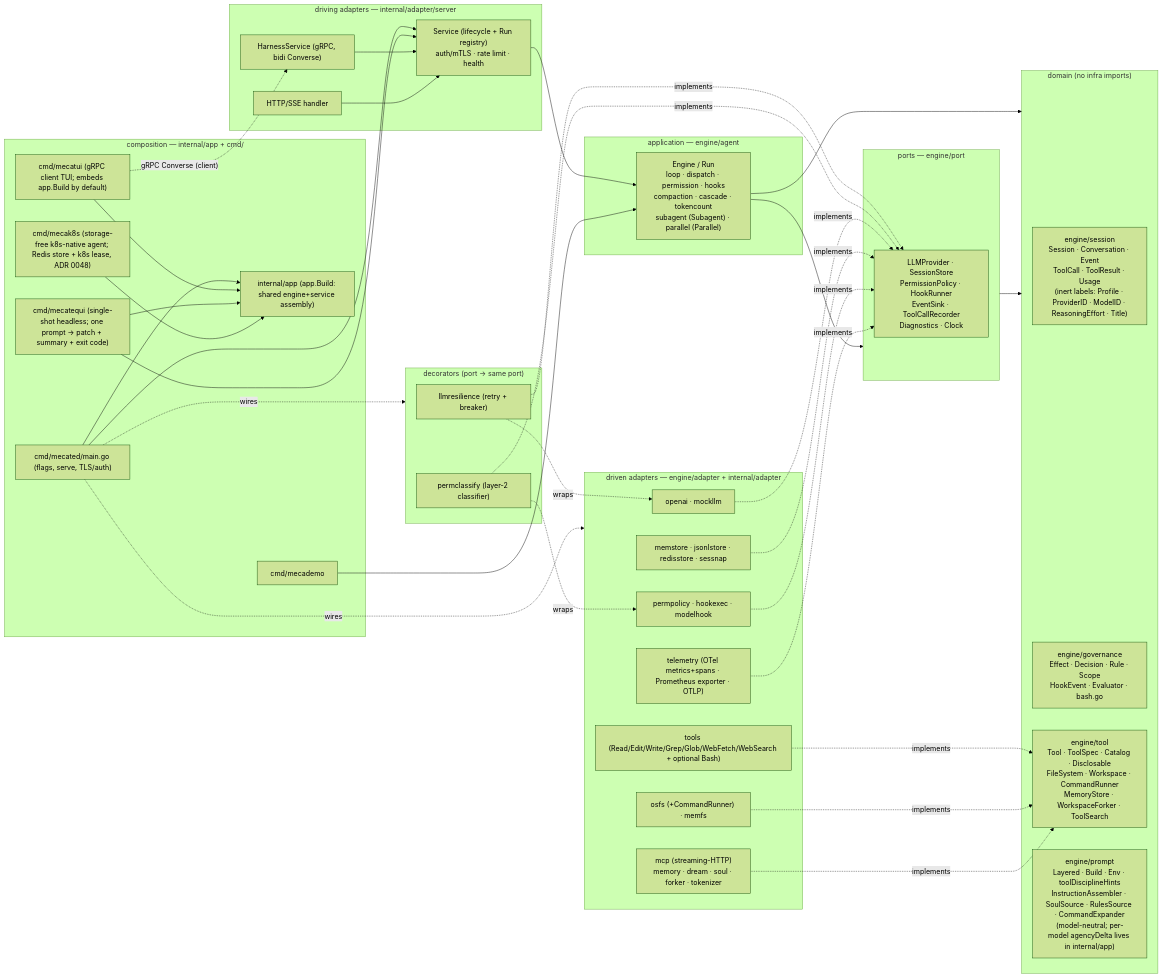
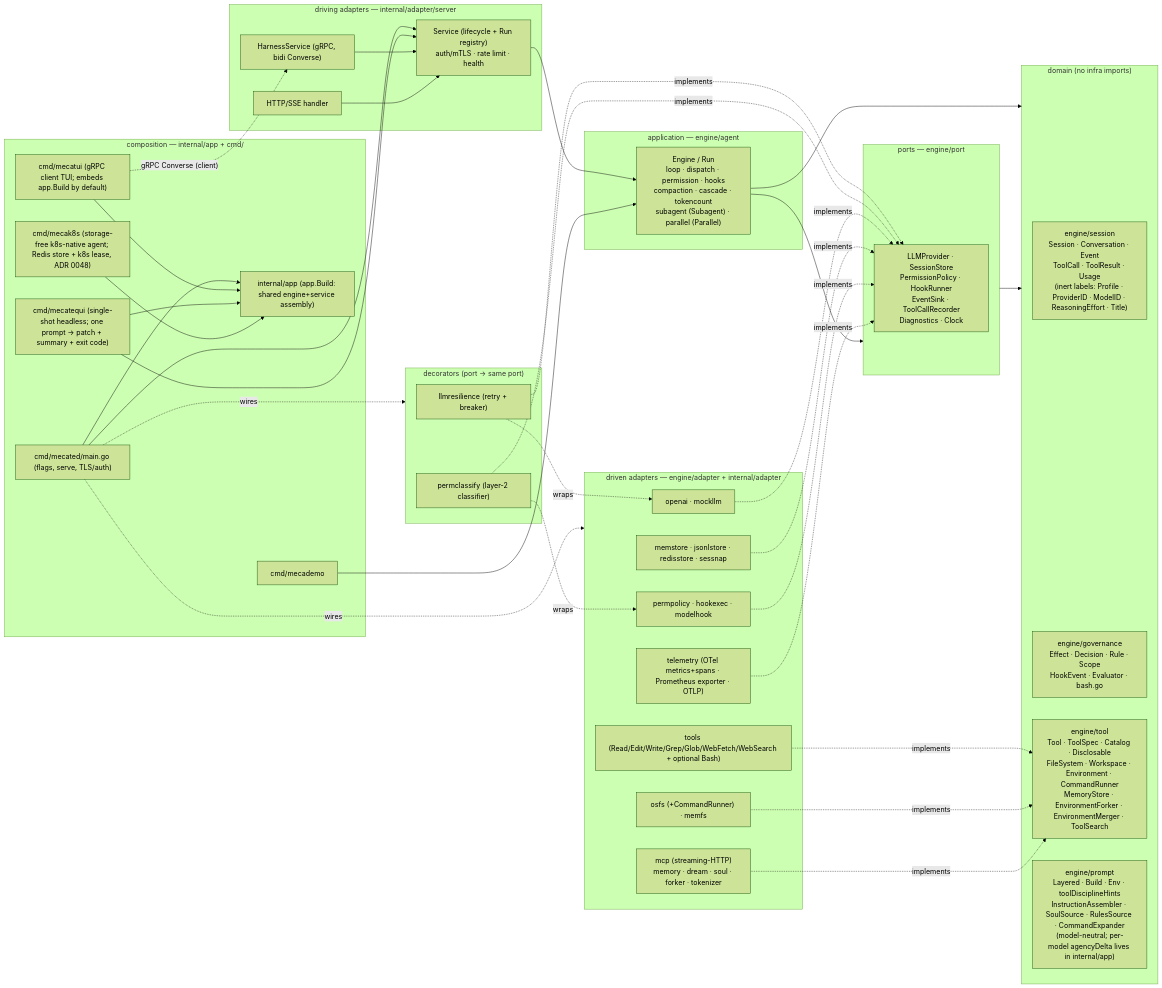
One commit to Sanskarzz/mecatl changed the diagram in docs/architecture.md. Above: the diagram before and after it, drawn with Mermaid (forest theme). The commit also changed other lines of this file and 266 other files, not shown here.

````diff
--- a/docs/architecture.md
+++ b/docs/architecture.md
@@ -131,74 +131,74 @@
 ```mermaid
 flowchart LR
   subgraph CMD["composition — internal/app + cmd/"]
     app["internal/app (app.Build: shared engine+service assembly)"]
     mecated["cmd/mecated/main.go (flags, serve, TLS/auth)"]
     demo["cmd/mecademo"]
     tui["cmd/mecatui (gRPC client TUI; embeds app.Build by default)"]
     mq["cmd/mecatequi (single-shot headless; one prompt → patch + summary + exit code)"]
     k8s["cmd/mecak8s (storage-free k8s-native agent; Redis store + k8s lease, ADR 0048)"]
     mecated --> app
     tui --> app
     mq --> app
     k8s --> app
   end
 
   subgraph DRIVING["driving adapters — internal/adapter/server"]
     grpc["HarnessService (gRPC, bidi Converse)"]
     http["HTTP/SSE handler"]
     svc["Service (lifecycle + Run registry)\nauth/mTLS · rate limit · health"]
   end
 
   subgraph APP["application — engine/agent"]
     engine["Engine / Run\nloop · dispatch · permission · hooks\ncompaction · cascade · tokencount\nsubagent (Subagent) · parallel (Parallel)"]
   end
 
   subgraph PORTS["ports — engine/port"]
     p["LLMProvider · SessionStore\nPermissionPolicy · HookRunner\nEventSink · ToolCallRecorder\nDiagnostics · Clock"]
   end
 
   subgraph DOMAIN["domain (no infra imports)"]
     sess["engine/session\nSession · Conversation · Event\nToolCall · ToolResult · Usage\n(inert labels: Profile · ProviderID · ModelID · ReasoningEffort · Title)"]
     gov["engine/governance\nEffect · Decision · Rule · Scope\nHookEvent · Evaluator · bash.go"]
-    tl["engine/tool\nTool · ToolSpec · Catalog · Disclosable\nFileSystem · Workspace · CommandRunner\nMemoryStore · WorkspaceForker · ToolSearch"]
+    tl["engine/tool\nTool · ToolSpec · Catalog · Disclosable\nFileSystem · Workspace · Environment · CommandRunner\nMemoryStore · EnvironmentForker · EnvironmentMerger · ToolSearch"]
     pr["engine/prompt\nLayered · Build · Env · toolDisciplineHints\nInstructionAssembler · SoulSource · RulesSource · CommandExpander\n(model-neutral; per-model agencyDelta lives in internal/app)"]
   end
 
   subgraph DECOR["decorators (port → same port)"]
     res["llmresilience (retry + breaker)"]
     pc["permclassify (layer-2 classifier)"]
   end
 
   subgraph DRIVEN["driven adapters — engine/adapter + internal/adapter"]
     oai["openai · mockllm"]
     fs["osfs (+CommandRunner) · memfs"]
     st["memstore · jsonlstore · redisstore · sessnap"]
     tools["tools (Read/Edit/Write/Grep/Glob/WebFetch/WebSearch + optional Bash)"]
     pp["permpolicy · hookexec · modelhook"]
     tel["telemetry (OTel metrics+spans · Prometheus exporter · OTLP)"]
     ext["mcp (streaming-HTTP)\nmemory · dream · soul · forker · tokenizer"]
   end
 
   mecated --> svc --> engine
   demo --> engine
   mq --> svc
   tui -. "gRPC Converse (client)" .-> grpc
   grpc --> svc
   http --> svc
   engine --> PORTS
   engine --> DOMAIN
   PORTS --> DOMAIN
   res -.wraps.-> oai
   res -.implements.-> p
   pc -.wraps.-> pp
   pc -.implements.-> p
   oai -.implements.-> p
   st -.implements.-> p
   pp -.implements.-> p
   tel -.implements.-> p
   tools -.implements.-> tl
   fs -.implements.-> tl
   ext -.implements.-> tl
   mecated -. wires .-> DRIVEN
   mecated -. wires .-> DECOR
 ```
````
